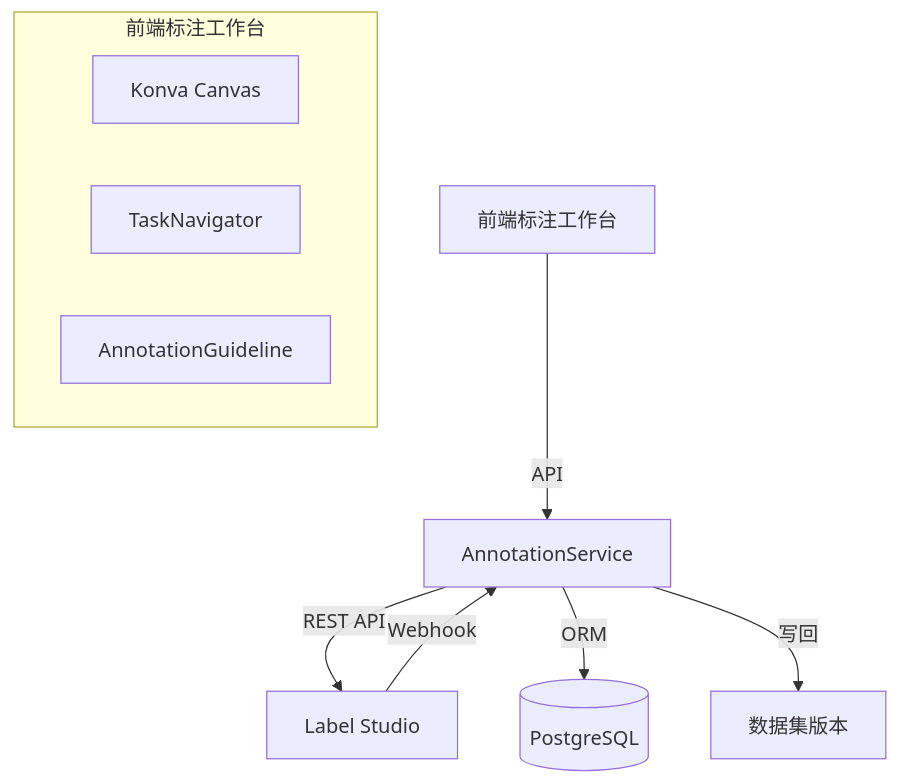
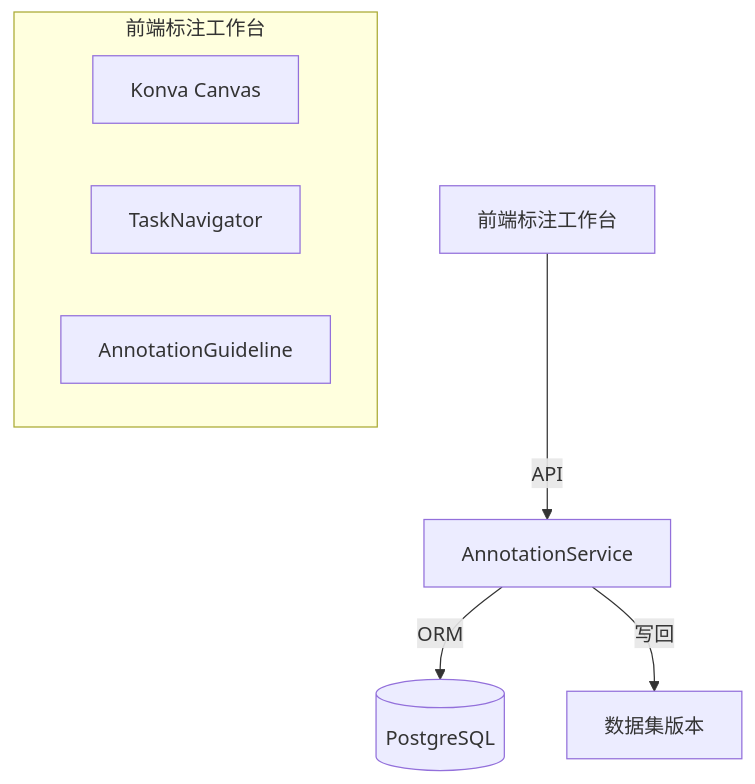
Before and after one commit to noimank/KubeAI: the diagram in docs/features/annotations.md, drawn with Mermaid. The commit also changed other lines of this file and 47 other files, not shown here.

First line of the commit message:
♻️ refactor: 移除 LabelStudio 服务器依赖, 标注链路完全自研

````diff
--- a/docs/features/annotations.md
+++ b/docs/features/annotations.md
@@ -28,14 +28,12 @@
 ```mermaid
 graph TD
     FRONTEND[前端标注工作台] -->|API| BACKEND[AnnotationService]
-    BACKEND -->|REST API| LS[Label Studio]
     BACKEND -->|ORM| DB[(PostgreSQL)]
-    LS -->|Webhook| BACKEND
     BACKEND -->|写回| DATASET[数据集版本]
 
     subgraph "前端标注工作台"
         KONVA[Konva Canvas]
         NAV[TaskNavigator]
         GUIDE[AnnotationGuideline]
     end
 ```
````
